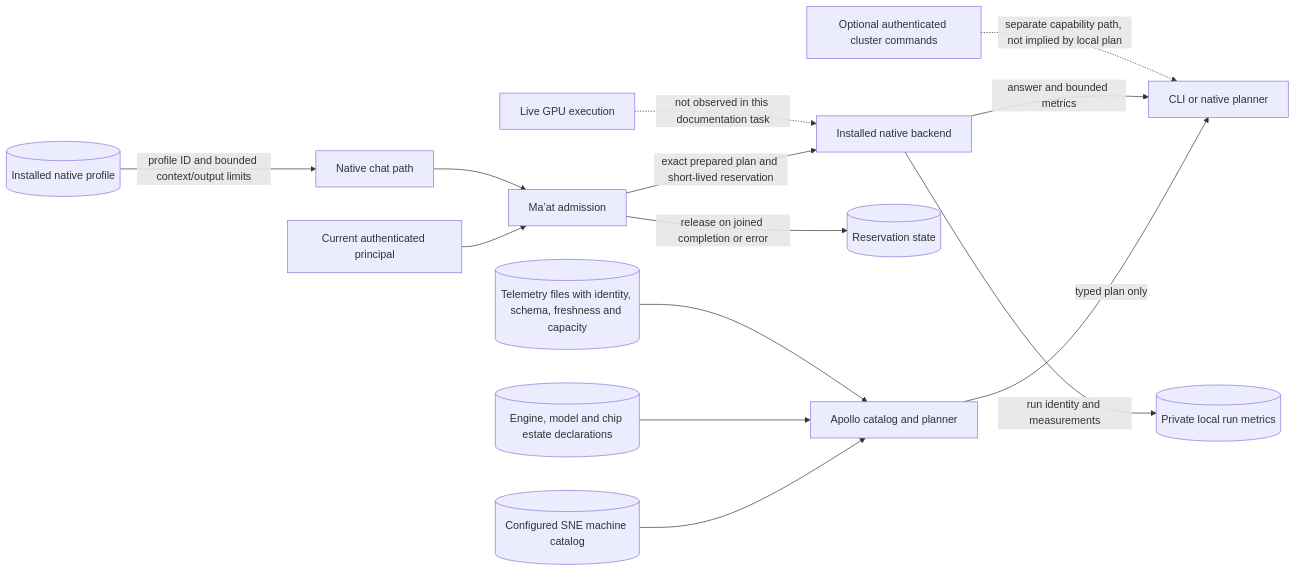
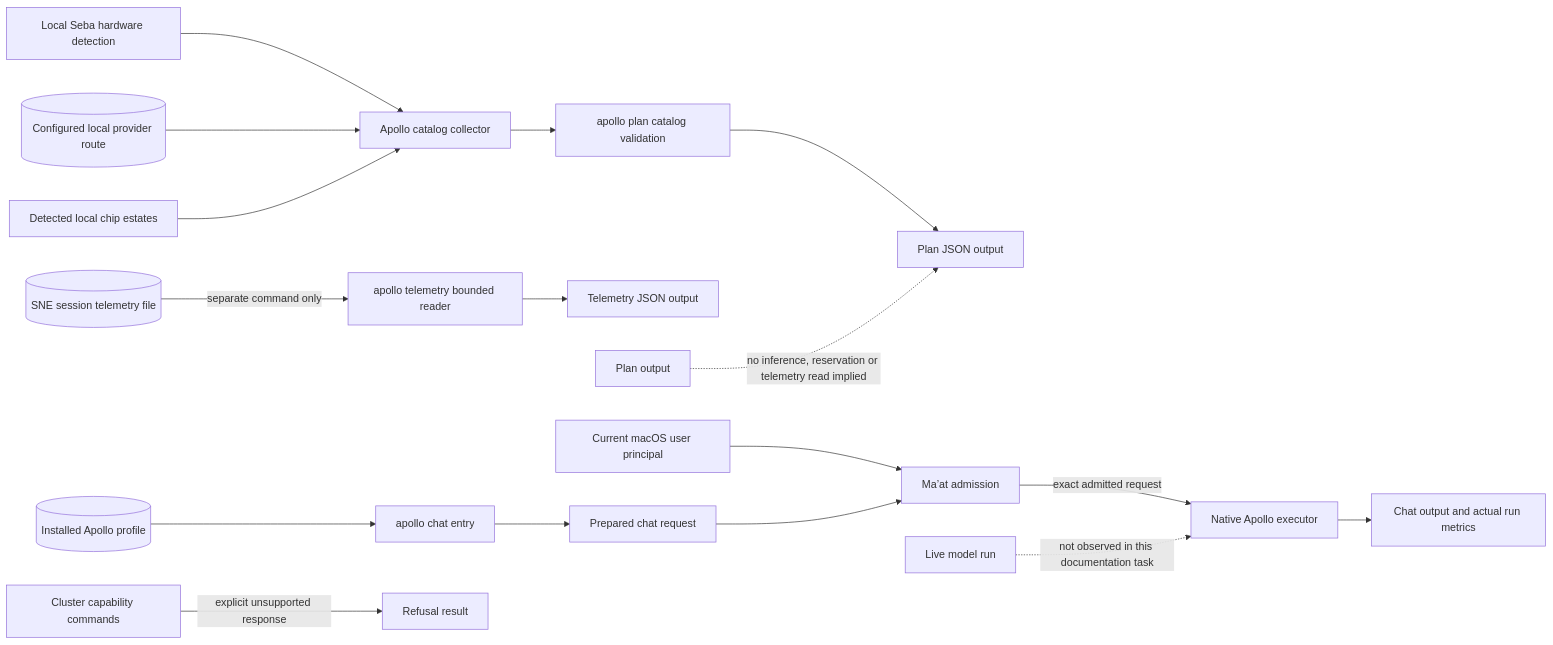
One commit to SirsiMaster/sirsi-pantheon changed the fourth of 45 diagrams in docs/stacklab/pantheon-pt/canon/DIAGRAMS_PRODUCT_OPERATIONS.md. Above: the diagram before and after it, drawn with Mermaid. The commit also changed other lines of this file and 2 other files, not shown here.

Commit message:
docs(stacklab): align workflow diagrams with actual effects and recovery

````diff
--- a/docs/stacklab/pantheon-pt/canon/DIAGRAMS_PRODUCT_OPERATIONS.md
+++ b/docs/stacklab/pantheon-pt/canon/DIAGRAMS_PRODUCT_OPERATIONS.md
@@ -131,16 +129,19 @@
 ```mermaid
 flowchart LR
-  MACH[(Configured SNE machine catalog)] --> PLAN[Apollo catalog and planner]
-  ENG[(Engine, model and chip estate declarations)] --> PLAN
-  TEL[(Telemetry files with identity, schema, freshness and capacity)] --> PLAN
-  PLAN -->|typed plan only| UI[CLI or native planner]
-  PROF[(Installed native profile)] -->|profile ID and bounded context/output limits| EXEC[Native chat path]
-  PRINCIPAL[Current authenticated principal] --> ADMIT[Ma’at admission]
-  EXEC --> ADMIT
-  ADMIT -->|exact prepared plan and short-lived reservation| BACKEND[Installed native backend]
-  BACKEND -->|answer and bounded metrics| UI
-  BACKEND -->|run identity and measurements| METRICS[(Private local run metrics)]
-  ADMIT -->|release on joined completion or error| CAPACITY[(Reservation state)]
-  CLUSTER[Optional authenticated cluster commands] -. separate capability path, not implied by local plan .-> UI
-  GPU[Live GPU execution] -. not observed in this documentation task .-> BACKEND
+  HW[Local Seba hardware detection] --> COLLECT[Apollo catalog collector]
+  CONF[(Configured local provider route)] --> COLLECT
+  ESTATES[Detected local chip estates] --> COLLECT
+  COLLECT --> BUILD[apollo plan catalog validation]
+  BUILD --> VIEW[Plan JSON output]
+  TELEFILE[(SNE session telemetry file)] -->|separate command only| TREAD[apollo telemetry bounded reader]
+  TREAD --> TELEOUT[Telemetry JSON output]
+  PROFILE[(Installed Apollo profile)] --> CHAT[apollo chat entry]
+  PRINCIPAL[Current macOS user principal] --> ADMIT[Ma’at admission]
+  CHAT --> REQUEST[Prepared chat request]
+  REQUEST --> ADMIT
+  ADMIT -->|exact admitted request| BACKEND[Native Apollo executor]
+  BACKEND --> RESULT[Chat output and actual run metrics]
+  CLUSTER[Cluster capability commands] -->|explicit unsupported response| REFUSAL[Refusal result]
+  PLAN[Plan output] -. no inference, reservation or telemetry read implied .-> VIEW
+  LIVE[Live model run] -. not observed in this documentation task .-> BACKEND
 ```
````
